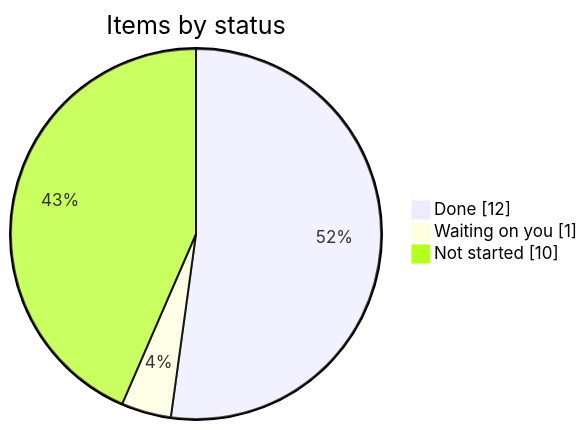
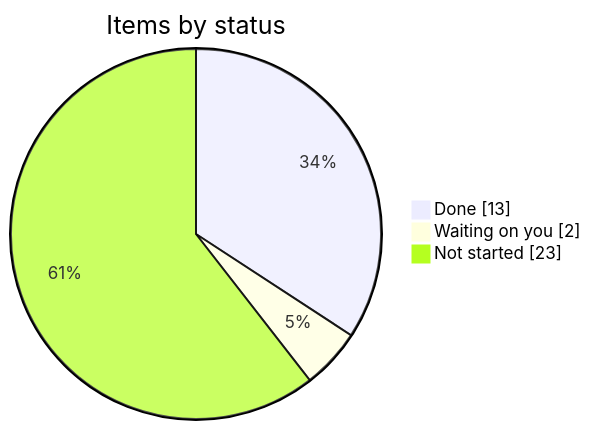
One commit to wbp318/goin-postal-forsythe changed the fourth of 10 diagrams in AGENDA.md. Above: the diagram before and after it, drawn with Mermaid. The commit also changed other lines of this file and 1 other file, not shown here.

````diff
--- a/AGENDA.md
+++ b/AGENDA.md
@@ -43,7 +133,7 @@
 ```mermaid
 pie showData
   title Items by status
-  "Done" : 12
-  "Waiting on you" : 1
-  "Not started" : 10
+  "Done" : 13
+  "Waiting on you" : 2
+  "Not started" : 23
 ```
````
